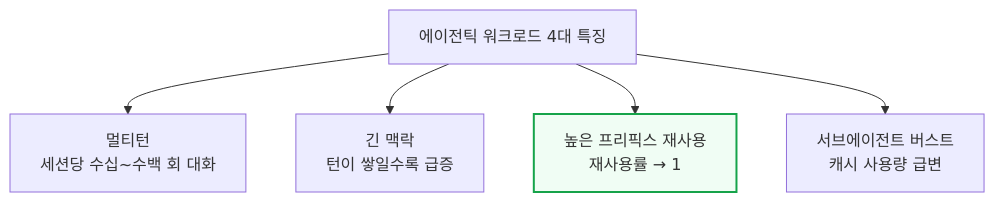
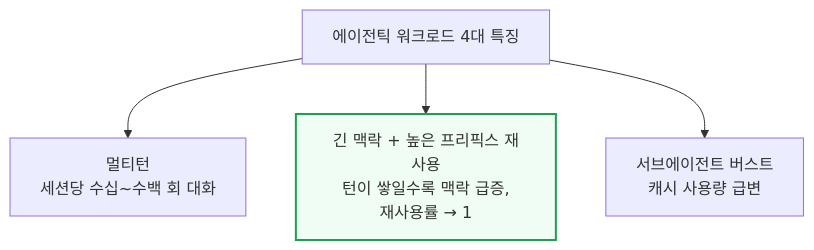
The third of 34 diagrams in content/newsletter/ai_infra/compute/[260824] AgentX InferenceXv3 - 에이전틱 추론에서도 CUDA 해자는 버티는가.md (yohan4477/semi-report), drawn with Mermaid before and after one commit. The commit also changed other lines of this file, not shown here.

Commit message:
feat(뉴스레터): AgentX InferenceXv3 10~11장 추가, 검증(줄길이·다이어그램 폭) 반영해 100% 완료

````diff
--- a/content/newsletter/ai_infra/compute/[260824] AgentX InferenceXv3 - 에이전틱 추론에서도 CUDA 해자는 버티는가.md
+++ b/content/newsletter/ai_infra/compute/[260824] AgentX InferenceXv3 - 에이전틱 추론에서도 CUDA 해자는 버티는가.md
@@ -91,9 +91,8 @@
 ```mermaid
 flowchart TD
     Agentic["에이전틱 워크로드 4대 특징"] --> MT["멀티턴<br/>세션당 수십~수백 회 대화"]
-    Agentic --> LC["긴 맥락<br/>턴이 쌓일수록 급증"]
-    Agentic --> PR["높은 프리픽스 재사용<br/>재사용률 → 1"]
+    Agentic --> LCPR["긴 맥락 + 높은 프리픽스 재사용<br/>턴이 쌓일수록 맥락 급증,<br/>재사용률 → 1"]
     Agentic --> SB["서브에이전트 버스트<br/>캐시 사용량 급변"]
 
-    style PR fill:#f0fdf4,stroke:#16a34a,stroke-width:2px
+    style LCPR fill:#f0fdf4,stroke:#16a34a,stroke-width:2px
 ```
````
